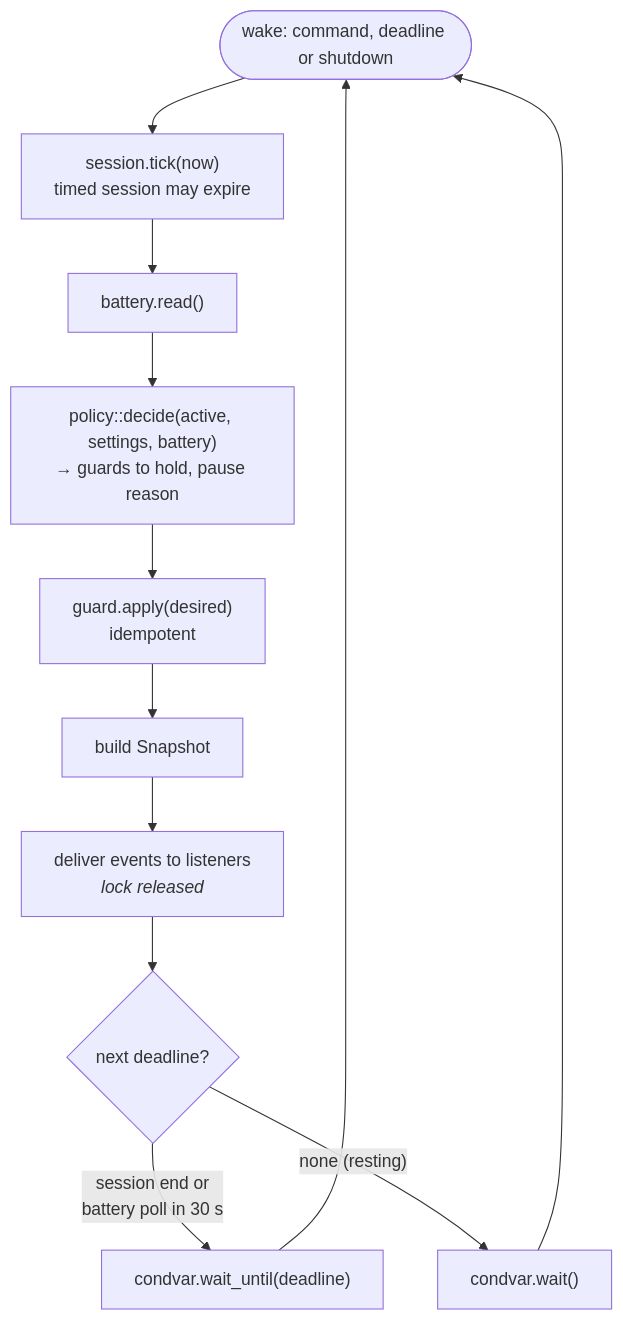
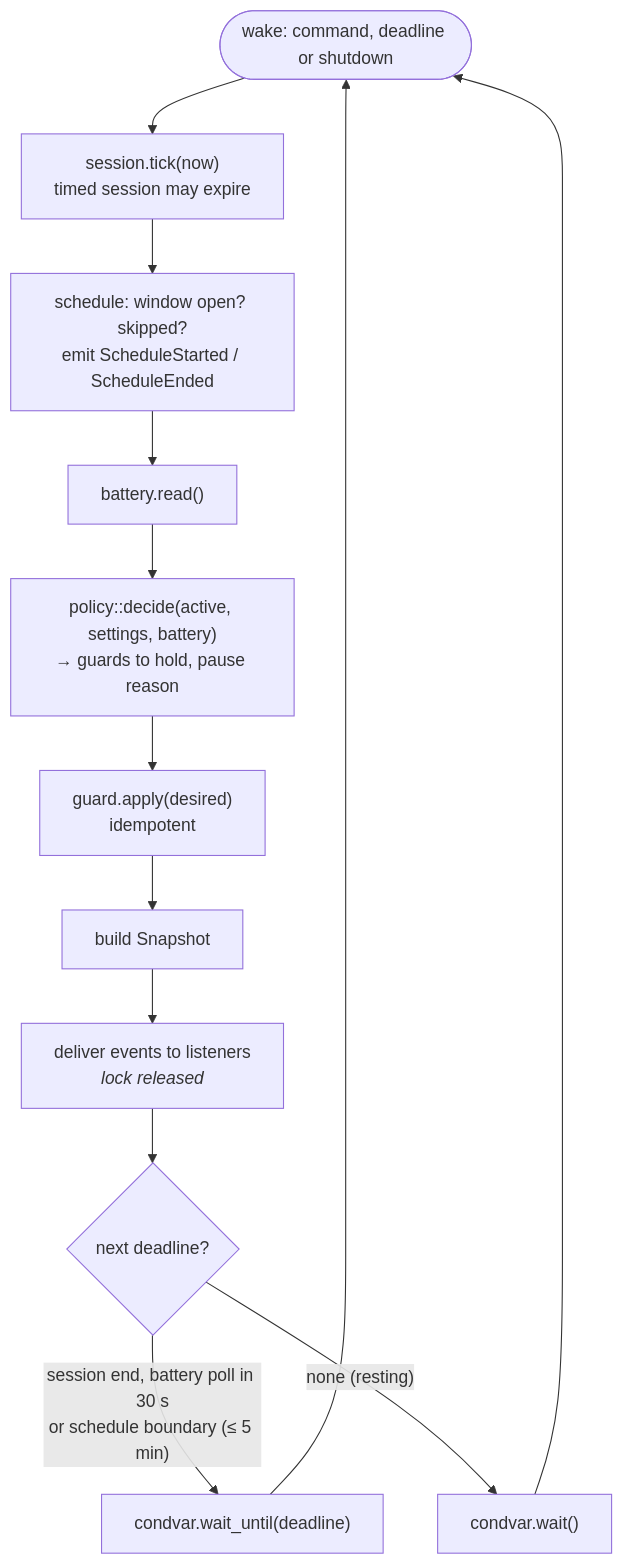
Before and after one commit to ax5hay/KeepMeAwake: the fourth of 6 diagrams in docs/architecture.md, drawn with Mermaid. The commit also changed other lines of this file and 8 other files, not shown here.

First line of the commit message:
docs: schedule in the guide, architecture, roadmap and changelog

````diff
--- a/docs/architecture.md
+++ b/docs/architecture.md
@@ -81,14 +103,15 @@
 ```mermaid
 flowchart TD
     wake(["wake: command, deadline or shutdown"]) --> tick["session.tick(now)<br/>timed session may expire"]
-    tick --> bat["battery.read()"]
+    tick --> sched["schedule: window open? skipped?<br/>emit ScheduleStarted / ScheduleEnded"]
+    sched --> bat["battery.read()"]
     bat --> decide["policy::decide(active, settings, battery)<br/>→ guards to hold, pause reason"]
     decide --> apply["guard.apply(desired)<br/>idempotent"]
     apply --> snap["build Snapshot"]
     snap --> emit["deliver events to listeners<br/><i>lock released</i>"]
     emit --> next{"next deadline?"}
-    next -->|"session end or<br/>battery poll in 30 s"| waitUntil["condvar.wait_until(deadline)"]
+    next -->|"session end, battery poll in 30 s<br/>or schedule boundary (≤ 5 min)"| waitUntil["condvar.wait_until(deadline)"]
     next -->|"none (resting)"| waitAny["condvar.wait()"]
     waitUntil --> wake
     waitAny --> wake
 ```
````
